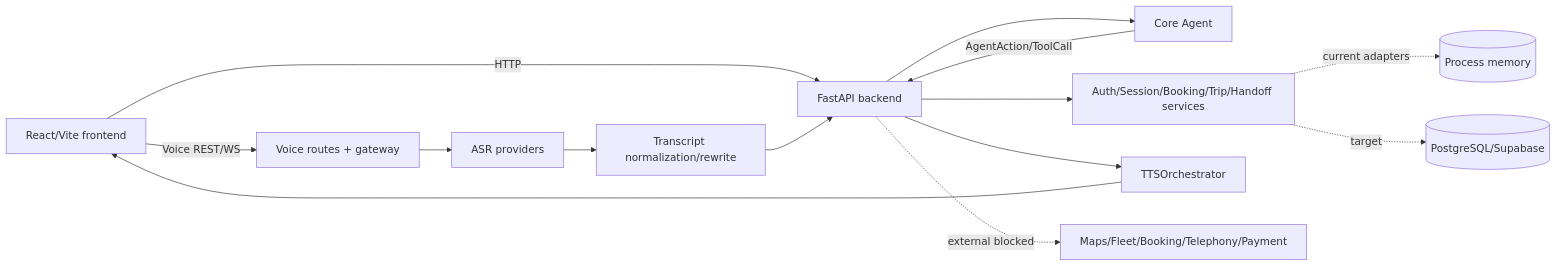
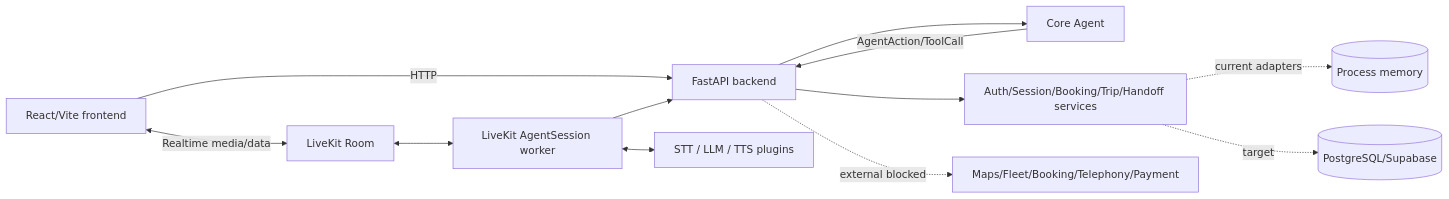
One commit to NamKhanh2128/OlaSM changed the diagram in docs/architecture_diagram.md. Above: the diagram before and after it, drawn with Mermaid. The commit also changed other lines of this file and 369 other files, not shown here.

````diff
--- a/docs/architecture_diagram.md
+++ b/docs/architecture_diagram.md
@@ -7,16 +7,14 @@
 ```mermaid
 flowchart LR
     FE[React/Vite frontend] -->|HTTP| BE[FastAPI backend]
-    FE -->|Voice REST/WS| VOICE[Voice routes + gateway]
-    VOICE --> ASR[ASR providers]
-    ASR --> RW[Transcript normalization/rewrite]
-    RW --> BE
+    FE <-->|Realtime media/data| LK[LiveKit Room]
+    LK <--> VOICE[LiveKit AgentSession worker]
+    VOICE <--> AI[STT / LLM / TTS plugins]
+    VOICE --> BE
     BE --> AGENT[Core Agent]
     AGENT -->|AgentAction/ToolCall| BE
     BE --> DOMAIN[Auth/Session/Booking/Trip/Handoff services]
-    BE --> TTS[TTSOrchestrator]
-    TTS --> FE
     DOMAIN -. current adapters .-> RAM[(Process memory)]
     DOMAIN -. target .-> PG[(PostgreSQL/Supabase)]
     BE -. external blocked .-> EXT[Maps/Fleet/Booking/Telephony/Payment]
 ```
````
